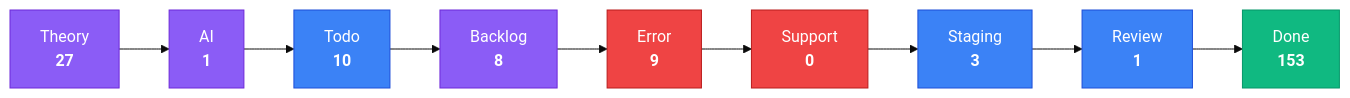
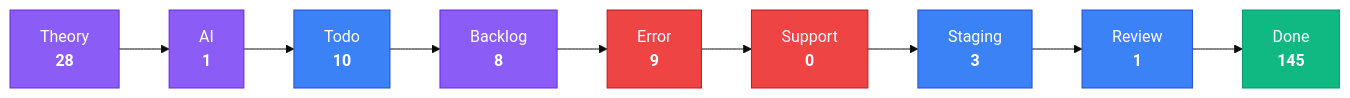
The third of 4 diagrams in apps/kbve/astro-kbve/src/content/docs/dashboard/kanban-data.mdx (KBVE/kbve), drawn with Mermaid (base theme) before and after one commit. The commit also changed other lines of this file and 6 other files, not shown here.

````diff
--- a/apps/kbve/astro-kbve/src/content/docs/dashboard/kanban-data.mdx
+++ b/apps/kbve/astro-kbve/src/content/docs/dashboard/kanban-data.mdx
@@ -80,28 +80,28 @@
 ```mermaid
 flowchart LR
     classDef planning fill:#8b5cf6,stroke:#6d28d9,color:#fff
     classDef active fill:#3b82f6,stroke:#1d4ed8,color:#fff
     classDef blocked fill:#ef4444,stroke:#b91c1c,color:#fff
     classDef done fill:#10b981,stroke:#059669,color:#fff
-    Theory["Theory<br/><strong>27</strong>"]
+    Theory["Theory<br/><strong>28</strong>"]
     Theory --> AI
     AI["AI<br/><strong>1</strong>"]
     AI --> Todo
     Todo["Todo<br/><strong>10</strong>"]
     Todo --> Backlog
     Backlog["Backlog<br/><strong>8</strong>"]
     Backlog --> Error
     Error["Error<br/><strong>9</strong>"]
     Error --> Support
     Support["Support<br/><strong>0</strong>"]
     Support --> Staging
     Staging["Staging<br/><strong>3</strong>"]
     Staging --> Review
     Review["Review<br/><strong>1</strong>"]
     Review --> Done
-    Done["Done<br/><strong>153</strong>"]
+    Done["Done<br/><strong>145</strong>"]
     class Theory,AI,Backlog planning
     class Todo,Staging,Review active
     class Error,Support blocked
     class Done done
 ```
````
